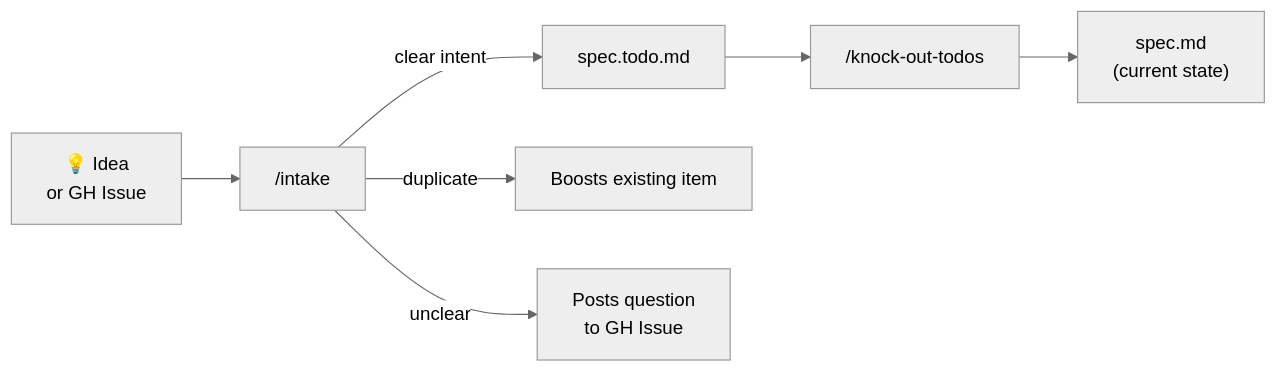
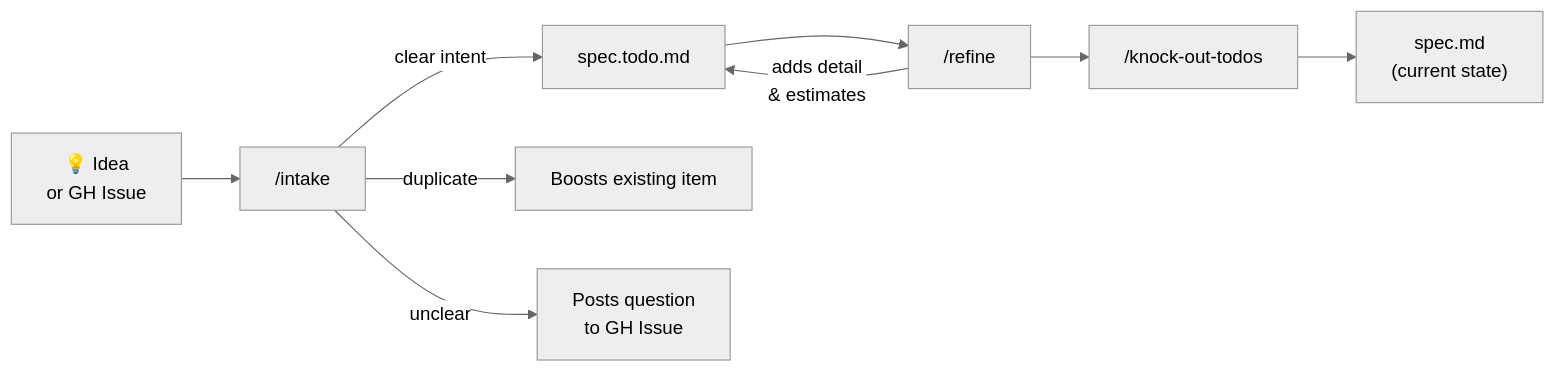
The first of 2 diagrams in .claude/commands/README.md (NoahWright87/spec-template), drawn with Mermaid (neutral theme) before and after one commit. The commit also changed other lines of this file and 2 other files, not shown here.

First line of the commit message:
Fix READMEs and remove stale root-level refine.md (#29)

````diff
--- a/.claude/commands/README.md
+++ b/.claude/commands/README.md
@@ -28,9 +31,11 @@
 ```mermaid
 flowchart LR
     idea["💡 Idea\nor GH Issue"] --> intake["/intake"]
     intake -->|"clear intent"| todo["spec.todo.md"]
     intake -->|"duplicate"| boost["Boosts existing item"]
     intake -->|"unclear"| wait["Posts question\nto GH Issue"]
-    todo --> kot["/knock-out-todos"]
+    todo --> refine["/refine"]
+    refine -->|"adds detail\n& estimates"| todo
+    refine --> kot["/knock-out-todos"]
     kot --> spec["spec.md\n(current state)"]
 ```
````
